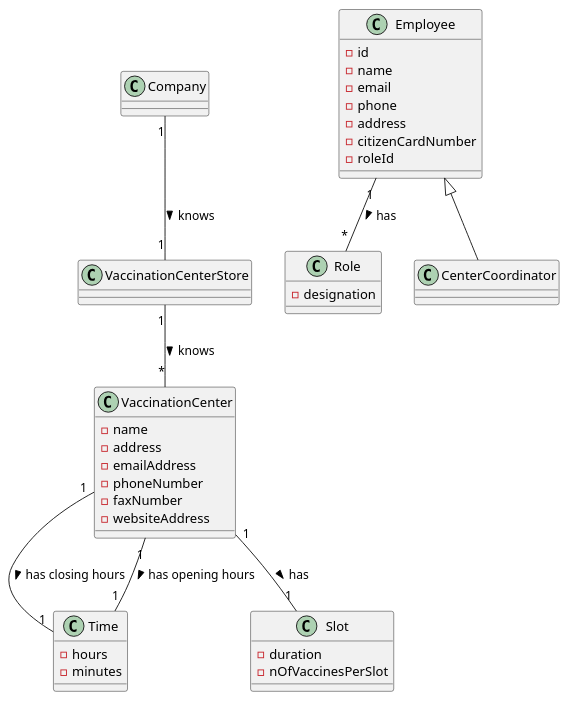
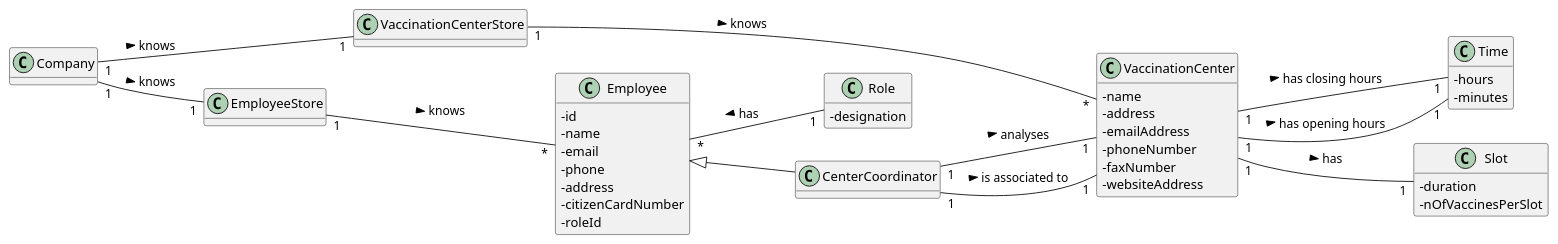
The diagram in docs/SprintD/US16/DM/US16_DM.puml (miseEnPlace-i/lapr2), drawn with PlantUML before and after one commit. The commit also changed 5 other files, not shown here.

```diff
--- a/docs/SprintD/US16/DM/US16_DM.puml
+++ b/docs/SprintD/US16/DM/US16_DM.puml
@@ -1,52 +1,63 @@
 @startuml
+hide methods
+left to right direction
+skinparam classAttributeIconSize 0
 
 class VaccinationCenter {
   - name
   - address
   - emailAddress
   - phoneNumber
   - faxNumber
   - websiteAddress
 }
 
 class Time {
-  -hours
-  -minutes
+  - hours
+  - minutes
 }
 
 class Slot {
   -duration
   -nOfVaccinesPerSlot
 }
 
 class Employee {
   -id
   -name
   -email
   -phone
   -address
   -citizenCardNumber
   -roleId
 }
 
 class Role {
   -designation
 }
 
 class Company {}
 
 class CenterCoordinator {}
 
 class VaccinationCenterStore {}
 
+class EmployeeStore {}
+
 VaccinationCenter "1" -- "1" Time : has closing hours >
 VaccinationCenter "1" -- "1" Time : has opening hours >
 VaccinationCenter "1" -- "1" Slot : has >
 
 Employee <|-- CenterCoordinator
-Employee "1" -- "*" Role : has >
+Employee "*" -- "1" Role : has <
 
 Company "1" -- "1" VaccinationCenterStore : knows >
+Company "1" -- "1" EmployeeStore : knows >
 VaccinationCenterStore "1" -- "*" VaccinationCenter : knows >
 
+EmployeeStore "1" -- "*" Employee : knows >
+
+CenterCoordinator "1" -- "1" VaccinationCenter : analyses >
+CenterCoordinator "1" -- "1" VaccinationCenter : is associated to >
+
 @enduml
```
